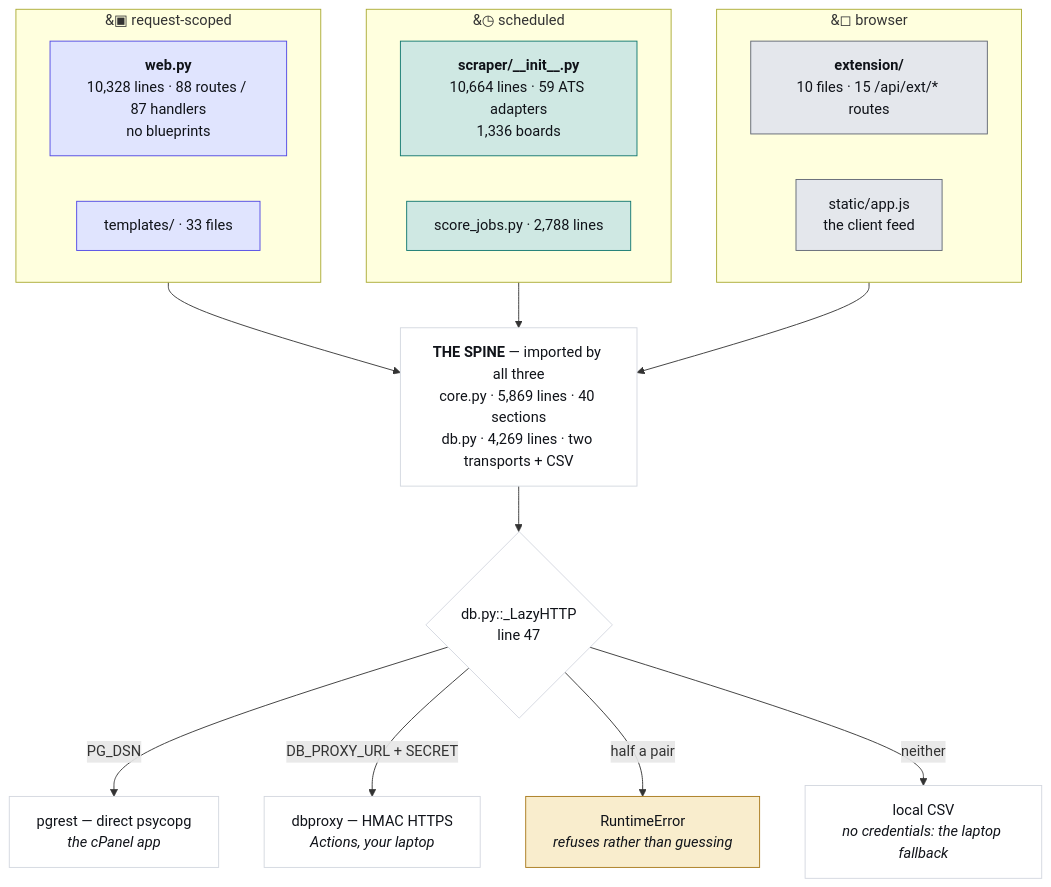
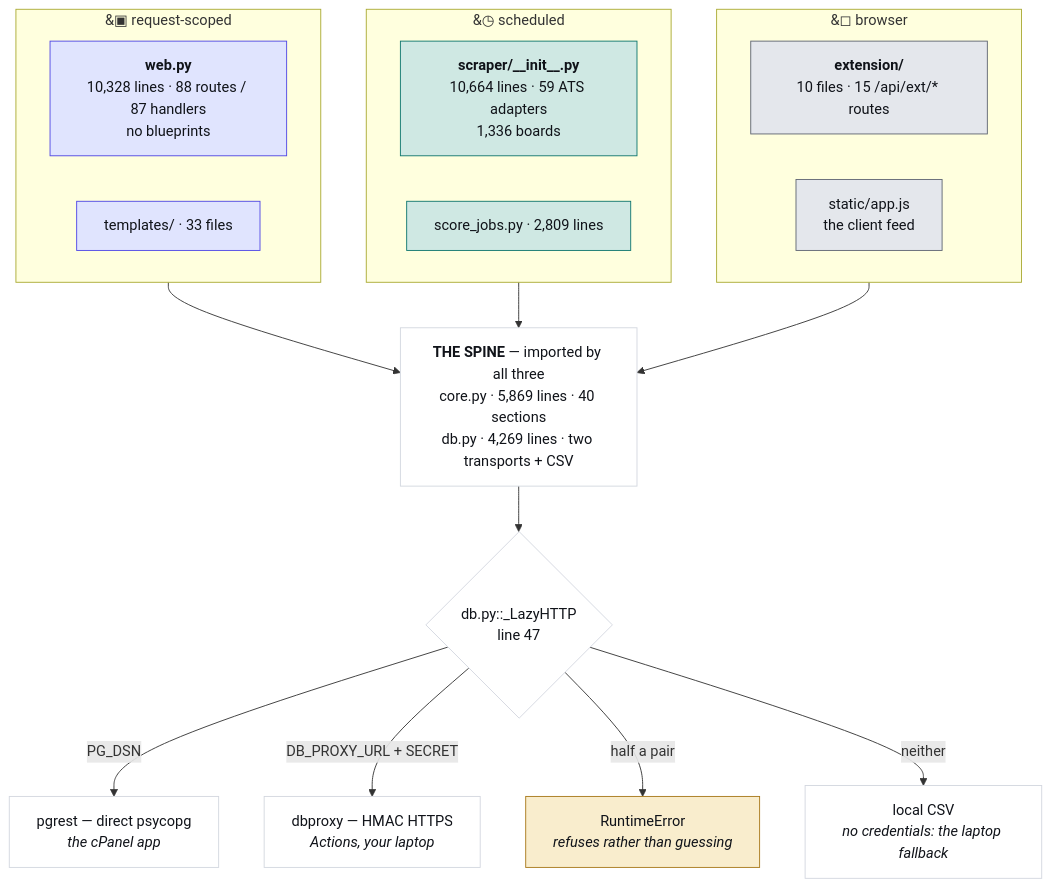
The first of 4 diagrams in JobMatch Scraper/docs/ARCHITECTURE.md (hadakunal909-debug/job-search-tool), drawn with Mermaid before and after one commit. The commit also changed 9 other files, not shown here.

````diff
--- a/JobMatch Scraper/docs/ARCHITECTURE.md
+++ b/JobMatch Scraper/docs/ARCHITECTURE.md
@@ -48,34 +48,34 @@
 ```mermaid
 flowchart TB
   subgraph REQ["&#9635; request-scoped"]
     W["<b>web.py</b><br/>10,328 lines · 88 routes / 87 handlers<br/>no blueprints"]
     T["templates/ · 33 files"]
   end
   subgraph SCH["&#9719; scheduled"]
     S["<b>scraper/__init__.py</b><br/>10,664 lines · 59 ATS adapters<br/>1,336 boards"]
-    J["score_jobs.py · 2,788 lines"]
+    J["score_jobs.py · 2,809 lines"]
   end
   subgraph CLI["&#9723; browser"]
     E["<b>extension/</b><br/>10 files · 15 /api/ext/* routes"]
     A["static/app.js<br/>the client feed"]
   end
   SPINE["<b>THE SPINE</b> — imported by all three<br/>core.py · 5,869 lines · 40 sections<br/>db.py · 4,269 lines · two transports + CSV"]
   REQ --> SPINE
   SCH --> SPINE
   CLI --> SPINE
   SPINE --> D{"db.py::_LazyHTTP<br/>line 47"}
   D -->|"PG_DSN"| P["pgrest — direct psycopg<br/><i>the cPanel app</i>"]
   D -->|"DB_PROXY_URL + SECRET"| X["dbproxy — HMAC HTTPS<br/><i>Actions, your laptop</i>"]
   D -->|"half a pair"| R["RuntimeError<br/><i>refuses rather than guessing</i>"]
   D -->|"neither"| V["local CSV<br/><i>no credentials: the laptop fallback</i>"]
   classDef web fill:#e0e4fe,stroke:#4f46e5,color:#101319
   classDef sched fill:#cfe8e3,stroke:#0f766e,color:#101319
   classDef client fill:#e4e7ec,stroke:#5f6573,color:#101319
   classDef trap fill:#f9edcd,stroke:#a8781a,color:#101319
   classDef plain fill:#ffffff,stroke:#d3d7df,color:#101319
   class W,T web
   class S,J sched
   class E,A client
   class R trap
   class SPINE,D,P,X,V plain
 ```
````
